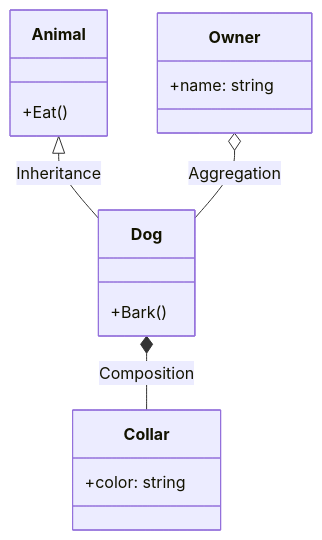
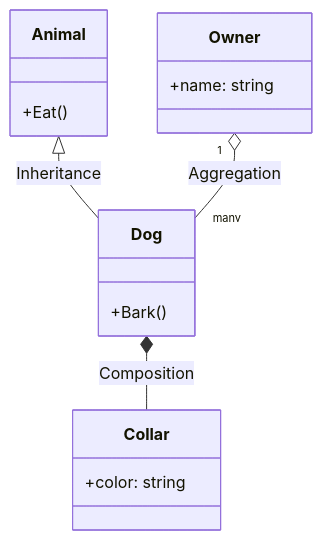
The first of 10 diagrams in Low Level System Design/OOPs Fundamentals/Uml Digrams.md (VikashChauhan51/system-design), drawn with Mermaid before and after one commit. The commit also changed other lines of this file and 2 other files, not shown here.

````diff
--- a/Low Level System Design/OOPs Fundamentals/Uml Digrams.md
+++ b/Low Level System Design/OOPs Fundamentals/Uml Digrams.md
@@ -39,18 +68,22 @@
 ```mermaid
 classDiagram
 	class Animal {
 		+Eat()
 	}
+
 	class Dog {
 		+Bark()
 	}
+
 	class Owner {
 		+name: string
 	}
-	Animal <|-- Dog : Inheritance
-	Owner o-- Dog : Aggregation
-	Dog *-- Collar : Composition
+
 	class Collar {
 		+color: string
 	}
+
+	Animal <|-- Dog : Inheritance
+	Owner "1" o-- "many" Dog : Aggregation
+	Dog *-- Collar : Composition
 ```
````
